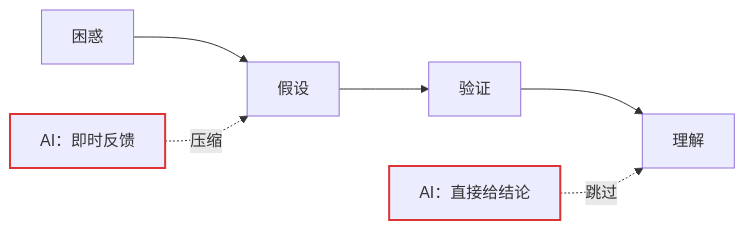
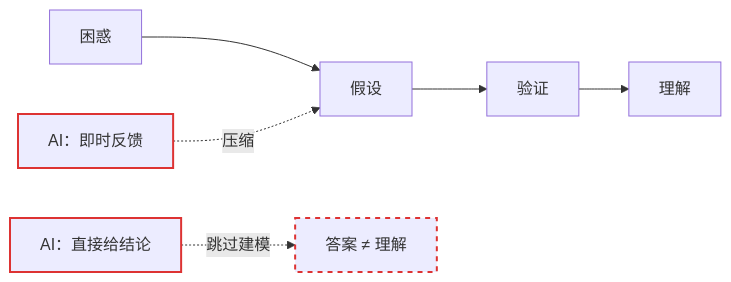
The diagram in 理念/03-学习能力才是新的护城河.md (oh-my-vibe-coding/ai-reliability-architecture), drawn with Mermaid before and after one commit. The commit also changed other lines of this file and 93 other files, not shown here.

````diff
--- a/理念/03-学习能力才是新的护城河.md
+++ b/理念/03-学习能力才是新的护城河.md
@@ -41,12 +41,13 @@
 ```mermaid
 flowchart LR
     C[困惑] --> H[假设]
     H --> V[验证]
     V --> U[理解]
 
-    AI1[AI：直接给结论] -.跳过.-> U
+    AI1[AI：直接给结论] -.跳过建模.-> U2["答案 ≠ 理解"]
     AI2[AI：即时反馈] -.压缩.-> H
 
     style AI1 stroke:#d33,stroke-width:2px
     style AI2 stroke:#d33,stroke-width:2px
+    style U2 stroke:#d33,stroke-width:2px,stroke-dasharray: 5 5
 ```
````
